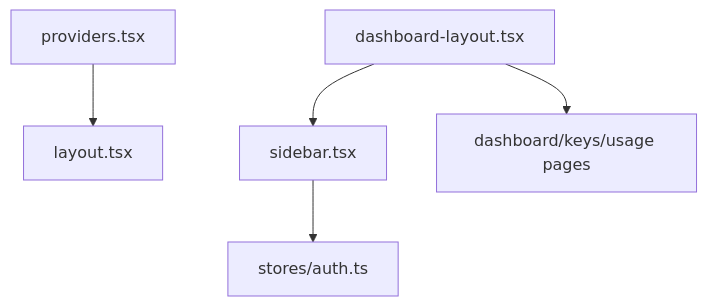
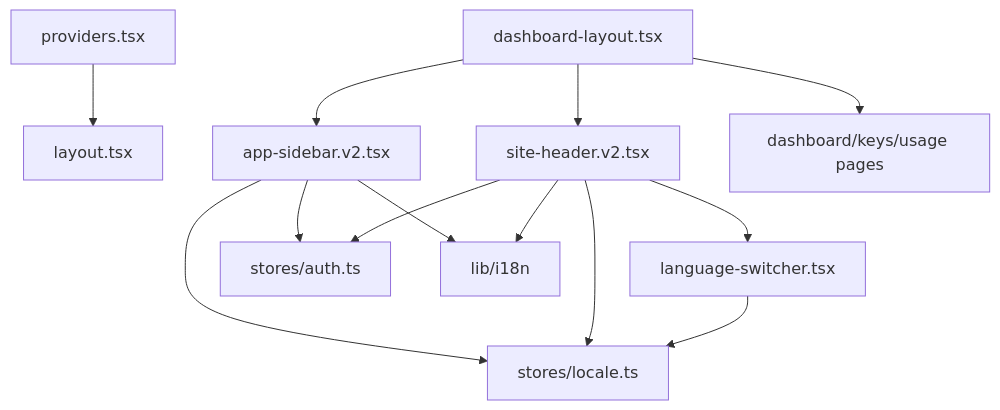
Before and after one commit to Zekiwest/sub2api-web: the diagram in src/components/_dir.md, drawn with Mermaid. The commit also changed other lines of this file and 25 other files, not shown here.

First line of the commit message:
feat(i18n): Add bilingual (en/zh) support with language switcher

````diff
--- a/src/components/_dir.md
+++ b/src/components/_dir.md
@@ -21,7 +23,19 @@
 ```mermaid
 graph TD
     P[providers.tsx] --> L[layout.tsx]
-    DL[dashboard-layout.tsx] --> S[sidebar.tsx]
+    DL[dashboard-layout.tsx] --> S[app-sidebar.v2.tsx]
+    DL --> H[site-header.v2.tsx]
+    H --> LS[language-switcher.tsx]
+    
     S --> AS[stores/auth.ts]
+    S --> LC[stores/locale.ts]
+    S --> I18N[lib/i18n]
+    
+    H --> AS
+    H --> LC
+    H --> I18N
+    
+    LS --> LC
+    
     DL --> PAGES[dashboard/keys/usage pages]
 ```
````
